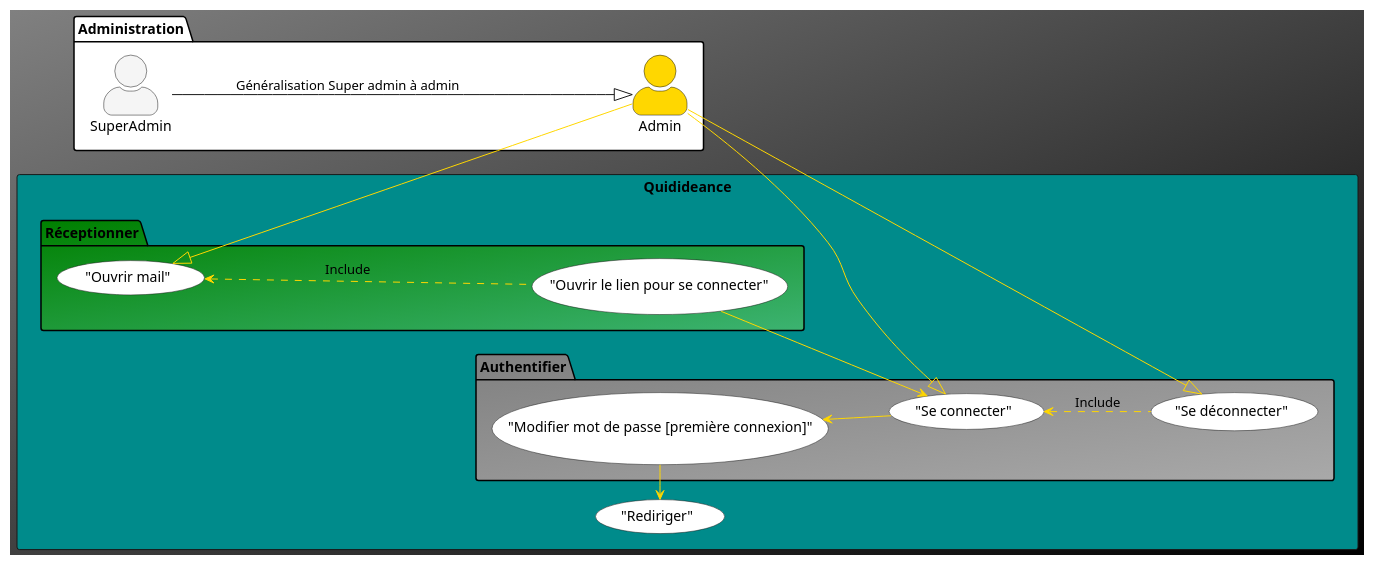
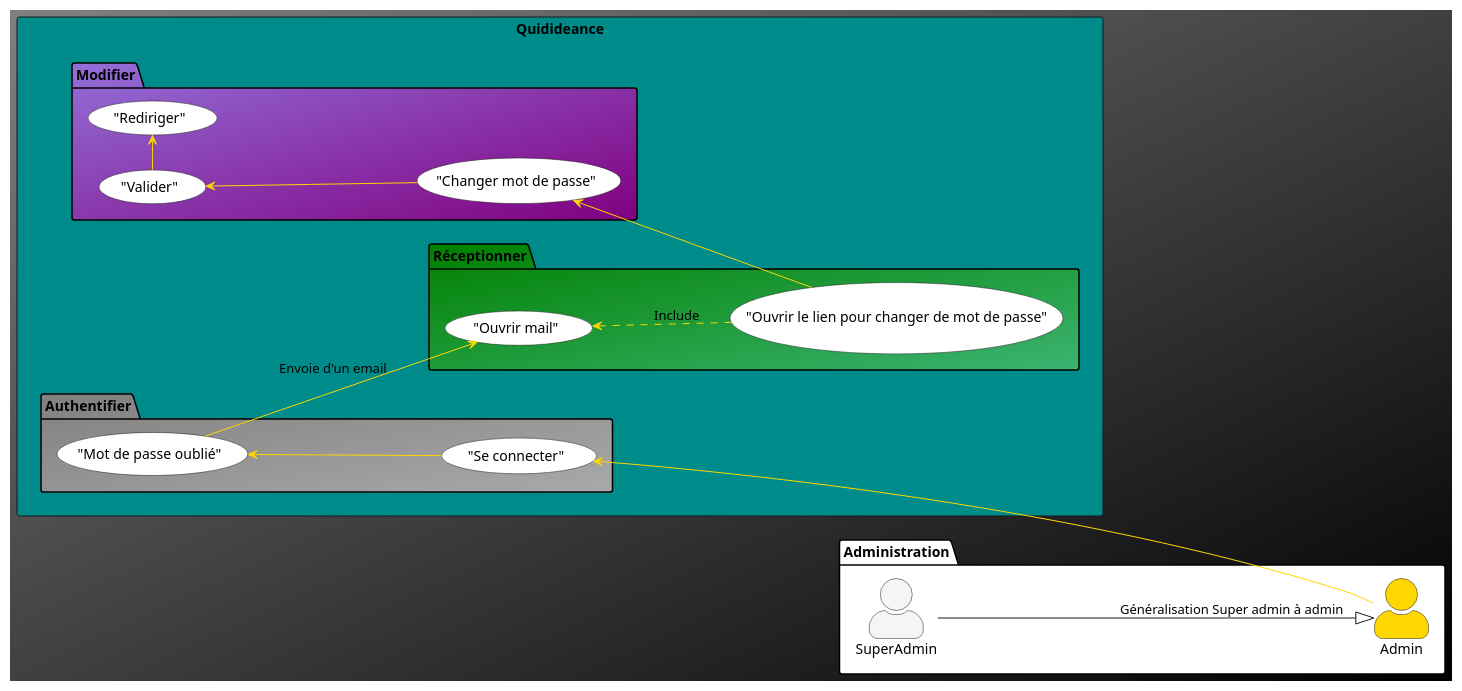
Before and after one commit to nwehla/QuidideanceTest: the diagram in documents/analyse_uml/diagramme_use_case/use_case_mdp_oublier.wsd, drawn with PlantUML.

Commit message:
Use case mdp oublier fait

```diff
--- a/documents/analyse_uml/diagramme_use_case/use_case_mdp_oublier.wsd
+++ b/documents/analyse_uml/diagramme_use_case/use_case_mdp_oublier.wsd
@@ -1,52 +1,56 @@
 @startuml Codecouleur
 left to right direction
 skinparam actorStyle awesome
 skinparam backgroundcolor Grey/Black
 skinparam classBackgroundColor Wheat|CornflowerBlue
 package Administration #White{
     actor Admin as ADMIN #Gold
     actor SuperAdmin as SUPADMIN #WhiteSmoke
 }
 
 
 Rectangle Quidideance #DarkCyan {
 package Réceptionner #Green/MediumSeaGreen{
     ("Ouvrir mail") as BOX #White
-    ("Ouvrir le lien pour se connecter") as OPE #White
+    ("Ouvrir le lien pour changer de mot de passe") as OPE #White
 }    
 
 
 package Authentifier #Grey/DarkGrey {
     ("Se connecter") as CON #White
-    ("Se déconnecter") as DEC #White
-    ("Modifier mot de passe [première connexion]") as MOD #White
+    ("Mot de passe oublié") as MOD #White
 }
-    ("Rediriger") as RED #White
+package Modifier #MediumPurple/Purple{
+        ("Rediriger") as RED #White
+    ("Changer mot de passe") as CHA #White
+    ("Valider") as VAL #White
+}
+
 
 
 
     SUPADMIN--|> ADMIN : Généralisation Super admin à admin
 
 
 
-    ADMIN--up-|>CON #Gold
-    ADMIN---|>DEC #Gold
+    ADMIN--up->CON #Gold
 
-    CON<.-DEC #Gold : Include
     MOD<--CON #Gold
     BOX<.-OPE #Gold : Include
-    OPE-->CON #Gold
-    ADMIN--|>BOX #Gold
-    MOD-> RED #Gold
+    MOD-->BOX  #Gold : Envoie d'un email
+    OPE-up-> CHA #Gold
+    CHA-up-> VAL #Gold
+    VAL-> RED #Gold
+
     
     
     
 
 
 
       
     
   
 }
 
 @enduml
```
